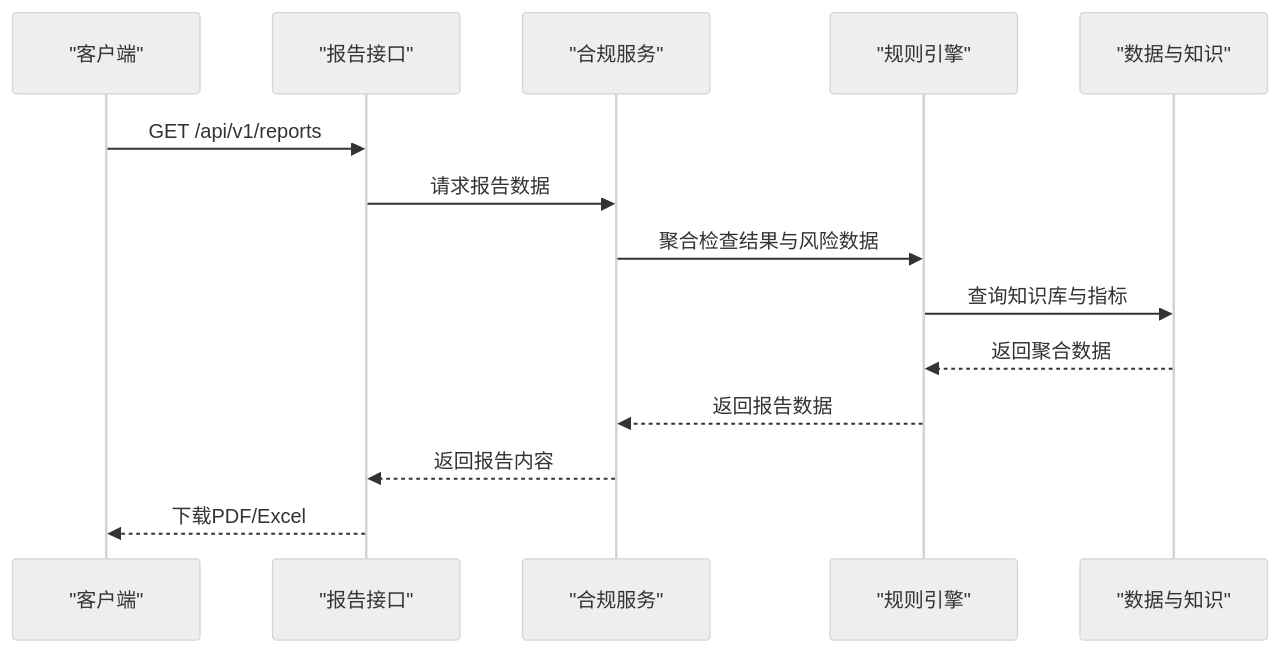
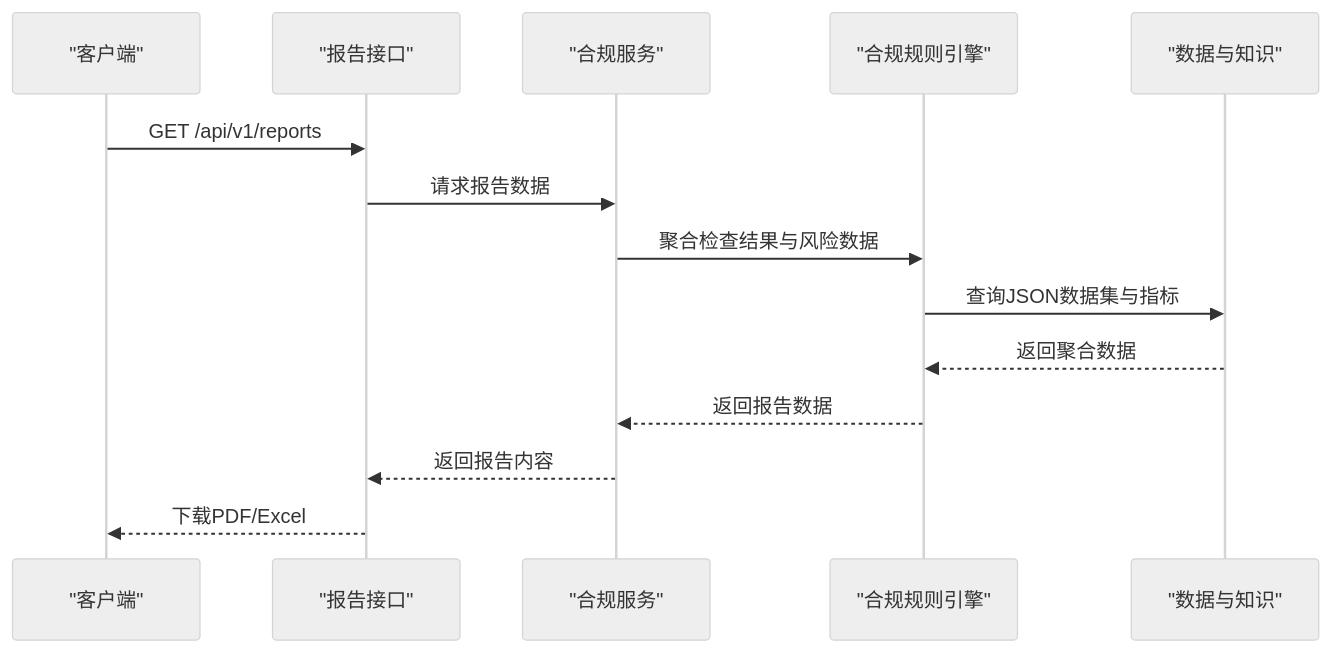
One commit to angledick/- changed the sixth of 10 diagrams in .qoder/repowiki/zh/content/核心业务模块/合规检查系统/合规检查系统.md. Above: the diagram before and after it, drawn with Mermaid (neutral theme). The commit also changed other lines of this file and 770 other files, not shown here.

````diff
--- a/.qoder/repowiki/zh/content/核心业务模块/合规检查系统/合规检查系统.md
+++ b/.qoder/repowiki/zh/content/核心业务模块/合规检查系统/合规检查系统.md
@@ -214,16 +272,16 @@
 ```mermaid
 sequenceDiagram
 participant Client as "客户端"
 participant API as "报告接口"
 participant Service as "合规服务"
-participant Engine as "规则引擎"
+participant Engine as "合规规则引擎"
 participant Data as "数据与知识"
 Client->>API : GET /api/v1/reports
 API->>Service : 请求报告数据
 Service->>Engine : 聚合检查结果与风险数据
-Engine->>Data : 查询知识库与指标
+Engine->>Data : 查询JSON数据集与指标
 Data-->>Engine : 返回聚合数据
 Engine-->>Service : 返回报告数据
 Service-->>API : 返回报告内容
 API-->>Client : 下载PDF/Excel
 ```
````
